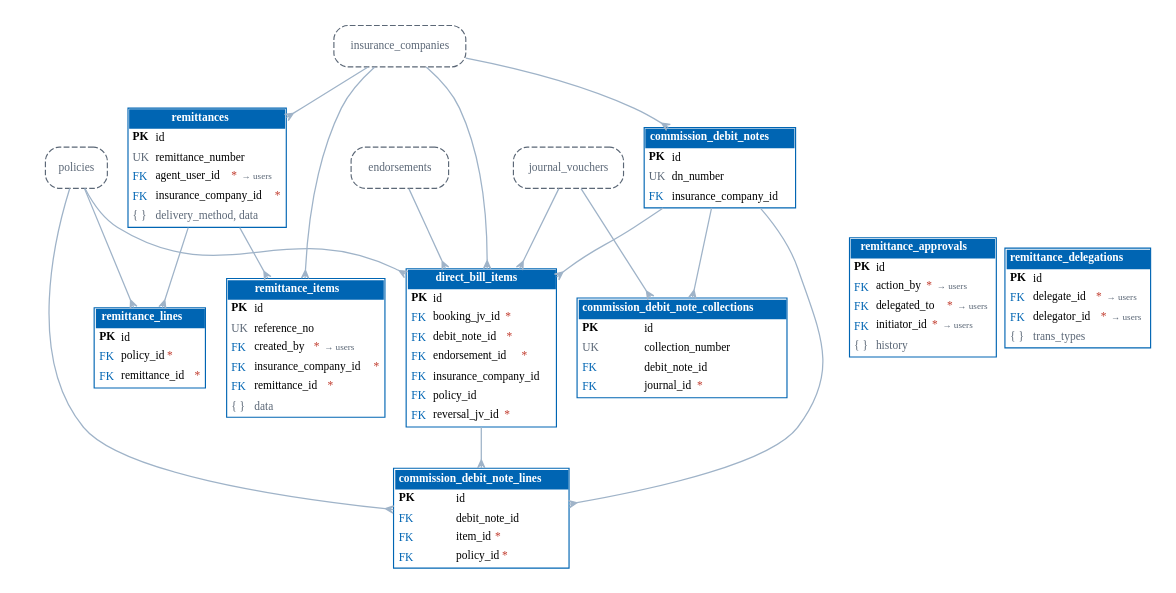
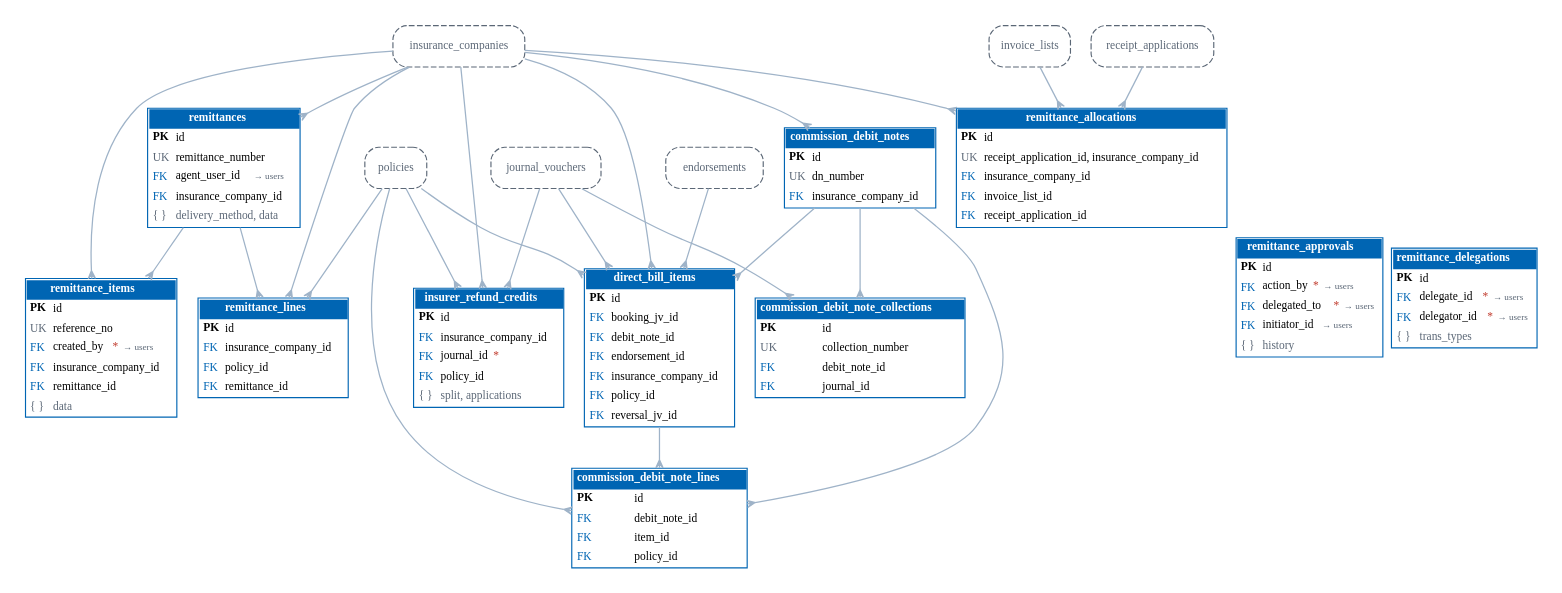
The diagram in docs/architecture/diagrams/er_remittance_directbill.dot (IortaTexhNXT-DEV/BDOI-OOTB), drawn with Graphviz before and after one commit. The commit also changed 47 other files, not shown here.

First line of the commit message:
Architecture: refresh the database snapshot, table catalogue and ER diagrams

```diff
--- a/docs/architecture/diagrams/er_remittance_directbill.dot
+++ b/docs/architecture/diagrams/er_remittance_directbill.dot
@@ -3,19 +3,23 @@
   graph [rankdir=TB, splines=true, nodesep=0.25, ranksep=0.5, fontname="Nunito", bgcolor="white", pad=0.2, pack=true, packmode="array_u3"];
   node [shape=plain, fontname="Nunito", fontsize=10];
   edge [color="#9FB3C8", arrowhead=crow, arrowtail=none, dir=both, arrowsize=0.7, penwidth=1.1];
-  "remittances" [label=<<table border="1" cellborder="0" cellspacing="0" cellpadding="3" color="#0065B3"><tr><td colspan="2" bgcolor="#0065B3"><font color="white"><b>remittances</b></font></td></tr><tr><td align="left" balign="left"><b>PK</b></td><td align="left">id</td></tr><tr><td align="left"><font color="#5B6776">UK</font></td><td align="left">remittance_number</td></tr><tr><td align="left"><font color="#0065B3">FK</font></td><td align="left">agent_user_id<font color="#C0392B">*</font> <font color="#5B6776" point-size="8">&#8594; users</font></td></tr><tr><td align="left"><font color="#0065B3">FK</font></td><td align="left">insurance_company_id<font color="#C0392B">*</font></td></tr><tr><td align="left"><font color="#5B6776">{ }</font></td><td align="left"><font color="#5B6776">delivery_method, data</font></td></tr></table>>];
-  "remittance_lines" [label=<<table border="1" cellborder="0" cellspacing="0" cellpadding="3" color="#0065B3"><tr><td colspan="2" bgcolor="#0065B3"><font color="white"><b>remittance_lines</b></font></td></tr><tr><td align="left" balign="left"><b>PK</b></td><td align="left">id</td></tr><tr><td align="left"><font color="#0065B3">FK</font></td><td align="left">policy_id<font color="#C0392B">*</font></td></tr><tr><td align="left"><font color="#0065B3">FK</font></td><td align="left">remittance_id<font color="#C0392B">*</font></td></tr></table>>];
-  "remittance_items" [label=<<table border="1" cellborder="0" cellspacing="0" cellpadding="3" color="#0065B3"><tr><td colspan="2" bgcolor="#0065B3"><font color="white"><b>remittance_items</b></font></td></tr><tr><td align="left" balign="left"><b>PK</b></td><td align="left">id</td></tr><tr><td align="left"><font color="#5B6776">UK</font></td><td align="left">reference_no</td></tr><tr><td align="left"><font color="#0065B3">FK</font></td><td align="left">created_by<font color="#C0392B">*</font> <font color="#5B6776" point-size="8">&#8594; users</font></td></tr><tr><td align="left"><font color="#0065B3">FK</font></td><td align="left">insurance_company_id<font color="#C0392B">*</font></td></tr><tr><td align="left"><font color="#0065B3">FK</font></td><td align="left">remittance_id<font color="#C0392B">*</font></td></tr><tr><td align="left"><font color="#5B6776">{ }</font></td><td align="left"><font color="#5B6776">data</font></td></tr></table>>];
-  "remittance_approvals" [label=<<table border="1" cellborder="0" cellspacing="0" cellpadding="3" color="#0065B3"><tr><td colspan="2" bgcolor="#0065B3"><font color="white"><b>remittance_approvals</b></font></td></tr><tr><td align="left" balign="left"><b>PK</b></td><td align="left">id</td></tr><tr><td align="left"><font color="#0065B3">FK</font></td><td align="left">action_by<font color="#C0392B">*</font> <font color="#5B6776" point-size="8">&#8594; users</font></td></tr><tr><td align="left"><font color="#0065B3">FK</font></td><td align="left">delegated_to<font color="#C0392B">*</font> <font color="#5B6776" point-size="8">&#8594; users</font></td></tr><tr><td align="left"><font color="#0065B3">FK</font></td><td align="left">initiator_id<font color="#C0392B">*</font> <font color="#5B6776" point-size="8">&#8594; users</font></td></tr><tr><td align="left"><font color="#5B6776">{ }</font></td><td align="left"><font color="#5B6776">history</font></td></tr></table>>];
+  "remittances" [label=<<table border="1" cellborder="0" cellspacing="0" cellpadding="3" color="#0065B3"><tr><td colspan="2" bgcolor="#0065B3"><font color="white"><b>remittances</b></font></td></tr><tr><td align="left" balign="left"><b>PK</b></td><td align="left">id</td></tr><tr><td align="left"><font color="#5B6776">UK</font></td><td align="left">remittance_number</td></tr><tr><td align="left"><font color="#0065B3">FK</font></td><td align="left">agent_user_id <font color="#5B6776" point-size="8">&#8594; users</font></td></tr><tr><td align="left"><font color="#0065B3">FK</font></td><td align="left">insurance_company_id</td></tr><tr><td align="left"><font color="#5B6776">{ }</font></td><td align="left"><font color="#5B6776">delivery_method, data</font></td></tr></table>>];
+  "remittance_lines" [label=<<table border="1" cellborder="0" cellspacing="0" cellpadding="3" color="#0065B3"><tr><td colspan="2" bgcolor="#0065B3"><font color="white"><b>remittance_lines</b></font></td></tr><tr><td align="left" balign="left"><b>PK</b></td><td align="left">id</td></tr><tr><td align="left"><font color="#0065B3">FK</font></td><td align="left">insurance_company_id</td></tr><tr><td align="left"><font color="#0065B3">FK</font></td><td align="left">policy_id</td></tr><tr><td align="left"><font color="#0065B3">FK</font></td><td align="left">remittance_id</td></tr></table>>];
+  "remittance_items" [label=<<table border="1" cellborder="0" cellspacing="0" cellpadding="3" color="#0065B3"><tr><td colspan="2" bgcolor="#0065B3"><font color="white"><b>remittance_items</b></font></td></tr><tr><td align="left" balign="left"><b>PK</b></td><td align="left">id</td></tr><tr><td align="left"><font color="#5B6776">UK</font></td><td align="left">reference_no</td></tr><tr><td align="left"><font color="#0065B3">FK</font></td><td align="left">created_by<font color="#C0392B">*</font> <font color="#5B6776" point-size="8">&#8594; users</font></td></tr><tr><td align="left"><font color="#0065B3">FK</font></td><td align="left">insurance_company_id</td></tr><tr><td align="left"><font color="#0065B3">FK</font></td><td align="left">remittance_id</td></tr><tr><td align="left"><font color="#5B6776">{ }</font></td><td align="left"><font color="#5B6776">data</font></td></tr></table>>];
+  "remittance_approvals" [label=<<table border="1" cellborder="0" cellspacing="0" cellpadding="3" color="#0065B3"><tr><td colspan="2" bgcolor="#0065B3"><font color="white"><b>remittance_approvals</b></font></td></tr><tr><td align="left" balign="left"><b>PK</b></td><td align="left">id</td></tr><tr><td align="left"><font color="#0065B3">FK</font></td><td align="left">action_by<font color="#C0392B">*</font> <font color="#5B6776" point-size="8">&#8594; users</font></td></tr><tr><td align="left"><font color="#0065B3">FK</font></td><td align="left">delegated_to<font color="#C0392B">*</font> <font color="#5B6776" point-size="8">&#8594; users</font></td></tr><tr><td align="left"><font color="#0065B3">FK</font></td><td align="left">initiator_id <font color="#5B6776" point-size="8">&#8594; users</font></td></tr><tr><td align="left"><font color="#5B6776">{ }</font></td><td align="left"><font color="#5B6776">history</font></td></tr></table>>];
   "remittance_delegations" [label=<<table border="1" cellborder="0" cellspacing="0" cellpadding="3" color="#0065B3"><tr><td colspan="2" bgcolor="#0065B3"><font color="white"><b>remittance_delegations</b></font></td></tr><tr><td align="left" balign="left"><b>PK</b></td><td align="left">id</td></tr><tr><td align="left"><font color="#0065B3">FK</font></td><td align="left">delegate_id<font color="#C0392B">*</font> <font color="#5B6776" point-size="8">&#8594; users</font></td></tr><tr><td align="left"><font color="#0065B3">FK</font></td><td align="left">delegator_id<font color="#C0392B">*</font> <font color="#5B6776" point-size="8">&#8594; users</font></td></tr><tr><td align="left"><font color="#5B6776">{ }</font></td><td align="left"><font color="#5B6776">trans_types</font></td></tr></table>>];
+  "remittance_allocations" [label=<<table border="1" cellborder="0" cellspacing="0" cellpadding="3" color="#0065B3"><tr><td colspan="2" bgcolor="#0065B3"><font color="white"><b>remittance_allocations</b></font></td></tr><tr><td align="left" balign="left"><b>PK</b></td><td align="left">id</td></tr><tr><td align="left"><font color="#5B6776">UK</font></td><td align="left">receipt_application_id, insurance_company_id</td></tr><tr><td align="left"><font color="#0065B3">FK</font></td><td align="left">insurance_company_id</td></tr><tr><td align="left"><font color="#0065B3">FK</font></td><td align="left">invoice_list_id</td></tr><tr><td align="left"><font color="#0065B3">FK</font></td><td align="left">receipt_application_id</td></tr></table>>];
+  "insurer_refund_credits" [label=<<table border="1" cellborder="0" cellspacing="0" cellpadding="3" color="#0065B3"><tr><td colspan="2" bgcolor="#0065B3"><font color="white"><b>insurer_refund_credits</b></font></td></tr><tr><td align="left" balign="left"><b>PK</b></td><td align="left">id</td></tr><tr><td align="left"><font color="#0065B3">FK</font></td><td align="left">insurance_company_id</td></tr><tr><td align="left"><font color="#0065B3">FK</font></td><td align="left">journal_id<font color="#C0392B">*</font></td></tr><tr><td align="left"><font color="#0065B3">FK</font></td><td align="left">policy_id</td></tr><tr><td align="left"><font color="#5B6776">{ }</font></td><td align="left"><font color="#5B6776">split, applications</font></td></tr></table>>];
   "commission_debit_notes" [label=<<table border="1" cellborder="0" cellspacing="0" cellpadding="3" color="#0065B3"><tr><td colspan="2" bgcolor="#0065B3"><font color="white"><b>commission_debit_notes</b></font></td></tr><tr><td align="left" balign="left"><b>PK</b></td><td align="left">id</td></tr><tr><td align="left"><font color="#5B6776">UK</font></td><td align="left">dn_number</td></tr><tr><td align="left"><font color="#0065B3">FK</font></td><td align="left">insurance_company_id</td></tr></table>>];
-  "commission_debit_note_lines" [label=<<table border="1" cellborder="0" cellspacing="0" cellpadding="3" color="#0065B3"><tr><td colspan="2" bgcolor="#0065B3"><font color="white"><b>commission_debit_note_lines</b></font></td></tr><tr><td align="left" balign="left"><b>PK</b></td><td align="left">id</td></tr><tr><td align="left"><font color="#0065B3">FK</font></td><td align="left">debit_note_id</td></tr><tr><td align="left"><font color="#0065B3">FK</font></td><td align="left">item_id<font color="#C0392B">*</font></td></tr><tr><td align="left"><font color="#0065B3">FK</font></td><td align="left">policy_id<font color="#C0392B">*</font></td></tr></table>>];
-  "commission_debit_note_collections" [label=<<table border="1" cellborder="0" cellspacing="0" cellpadding="3" color="#0065B3"><tr><td colspan="2" bgcolor="#0065B3"><font color="white"><b>commission_debit_note_collections</b></font></td></tr><tr><td align="left" balign="left"><b>PK</b></td><td align="left">id</td></tr><tr><td align="left"><font color="#5B6776">UK</font></td><td align="left">collection_number</td></tr><tr><td align="left"><font color="#0065B3">FK</font></td><td align="left">debit_note_id</td></tr><tr><td align="left"><font color="#0065B3">FK</font></td><td align="left">journal_id<font color="#C0392B">*</font></td></tr></table>>];
-  "direct_bill_items" [label=<<table border="1" cellborder="0" cellspacing="0" cellpadding="3" color="#0065B3"><tr><td colspan="2" bgcolor="#0065B3"><font color="white"><b>direct_bill_items</b></font></td></tr><tr><td align="left" balign="left"><b>PK</b></td><td align="left">id</td></tr><tr><td align="left"><font color="#0065B3">FK</font></td><td align="left">booking_jv_id<font color="#C0392B">*</font></td></tr><tr><td align="left"><font color="#0065B3">FK</font></td><td align="left">debit_note_id<font color="#C0392B">*</font></td></tr><tr><td align="left"><font color="#0065B3">FK</font></td><td align="left">endorsement_id<font color="#C0392B">*</font></td></tr><tr><td align="left"><font color="#0065B3">FK</font></td><td align="left">insurance_company_id</td></tr><tr><td align="left"><font color="#0065B3">FK</font></td><td align="left">policy_id</td></tr><tr><td align="left"><font color="#0065B3">FK</font></td><td align="left">reversal_jv_id<font color="#C0392B">*</font></td></tr></table>>];
+  "commission_debit_note_lines" [label=<<table border="1" cellborder="0" cellspacing="0" cellpadding="3" color="#0065B3"><tr><td colspan="2" bgcolor="#0065B3"><font color="white"><b>commission_debit_note_lines</b></font></td></tr><tr><td align="left" balign="left"><b>PK</b></td><td align="left">id</td></tr><tr><td align="left"><font color="#0065B3">FK</font></td><td align="left">debit_note_id</td></tr><tr><td align="left"><font color="#0065B3">FK</font></td><td align="left">item_id</td></tr><tr><td align="left"><font color="#0065B3">FK</font></td><td align="left">policy_id</td></tr></table>>];
+  "commission_debit_note_collections" [label=<<table border="1" cellborder="0" cellspacing="0" cellpadding="3" color="#0065B3"><tr><td colspan="2" bgcolor="#0065B3"><font color="white"><b>commission_debit_note_collections</b></font></td></tr><tr><td align="left" balign="left"><b>PK</b></td><td align="left">id</td></tr><tr><td align="left"><font color="#5B6776">UK</font></td><td align="left">collection_number</td></tr><tr><td align="left"><font color="#0065B3">FK</font></td><td align="left">debit_note_id</td></tr><tr><td align="left"><font color="#0065B3">FK</font></td><td align="left">journal_id</td></tr></table>>];
+  "direct_bill_items" [label=<<table border="1" cellborder="0" cellspacing="0" cellpadding="3" color="#0065B3"><tr><td colspan="2" bgcolor="#0065B3"><font color="white"><b>direct_bill_items</b></font></td></tr><tr><td align="left" balign="left"><b>PK</b></td><td align="left">id</td></tr><tr><td align="left"><font color="#0065B3">FK</font></td><td align="left">booking_jv_id</td></tr><tr><td align="left"><font color="#0065B3">FK</font></td><td align="left">debit_note_id</td></tr><tr><td align="left"><font color="#0065B3">FK</font></td><td align="left">endorsement_id</td></tr><tr><td align="left"><font color="#0065B3">FK</font></td><td align="left">insurance_company_id</td></tr><tr><td align="left"><font color="#0065B3">FK</font></td><td align="left">policy_id</td></tr><tr><td align="left"><font color="#0065B3">FK</font></td><td align="left">reversal_jv_id</td></tr></table>>];
   "endorsements" [shape=box, style="rounded,dashed", color="#5B6776", fontcolor="#5B6776", label="endorsements"];
   "insurance_companies" [shape=box, style="rounded,dashed", color="#5B6776", fontcolor="#5B6776", label="insurance_companies"];
+  "invoice_lists" [shape=box, style="rounded,dashed", color="#5B6776", fontcolor="#5B6776", label="invoice_lists"];
   "journal_vouchers" [shape=box, style="rounded,dashed", color="#5B6776", fontcolor="#5B6776", label="journal_vouchers"];
   "policies" [shape=box, style="rounded,dashed", color="#5B6776", fontcolor="#5B6776", label="policies"];
+  "receipt_applications" [shape=box, style="rounded,dashed", color="#5B6776", fontcolor="#5B6776", label="receipt_applications"];
   "commission_debit_notes" -> "commission_debit_note_collections";
   "commission_debit_notes" -> "commission_debit_note_lines";
   "commission_debit_notes" -> "direct_bill_items";
@@ -23,13 +27,20 @@
   "endorsements" -> "direct_bill_items";
   "insurance_companies" -> "commission_debit_notes";
   "insurance_companies" -> "direct_bill_items";
+  "insurance_companies" -> "insurer_refund_credits";
+  "insurance_companies" -> "remittance_allocations";
   "insurance_companies" -> "remittance_items";
+  "insurance_companies" -> "remittance_lines";
   "insurance_companies" -> "remittances";
+  "invoice_lists" -> "remittance_allocations";
   "journal_vouchers" -> "commission_debit_note_collections";
   "journal_vouchers" -> "direct_bill_items";
+  "journal_vouchers" -> "insurer_refund_credits";
   "policies" -> "commission_debit_note_lines";
   "policies" -> "direct_bill_items";
+  "policies" -> "insurer_refund_credits";
   "policies" -> "remittance_lines";
+  "receipt_applications" -> "remittance_allocations";
   "remittances" -> "remittance_items";
   "remittances" -> "remittance_lines";
 }
```
